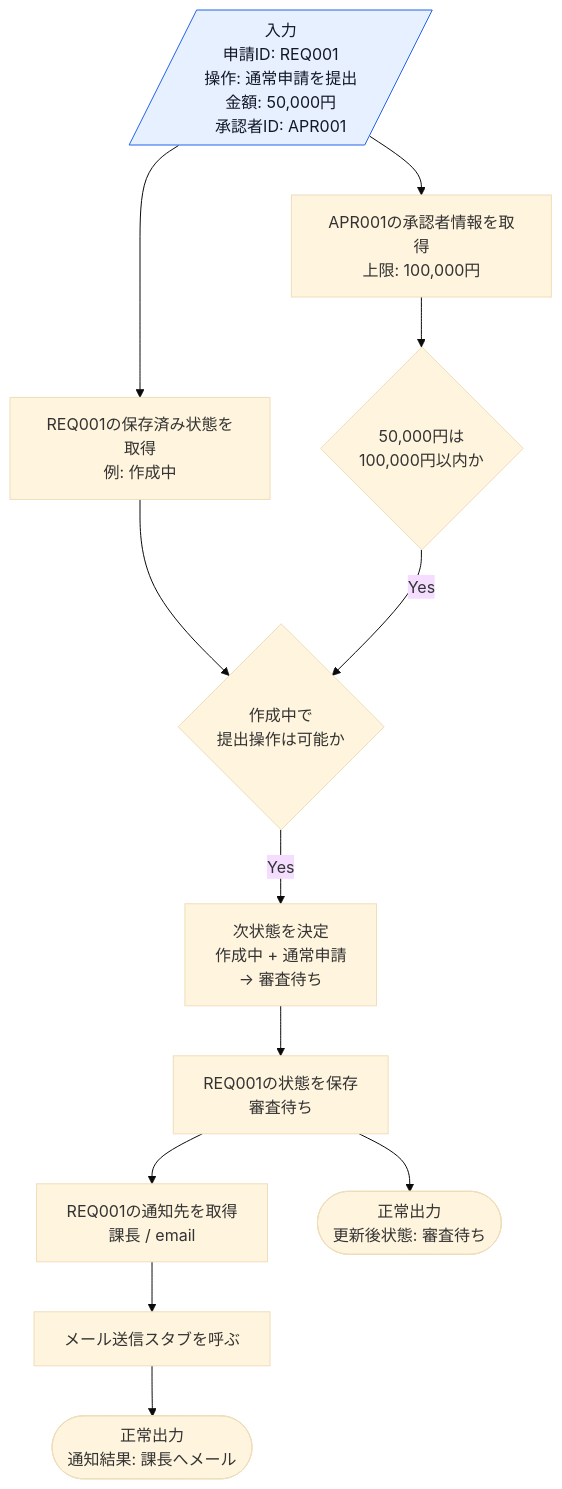
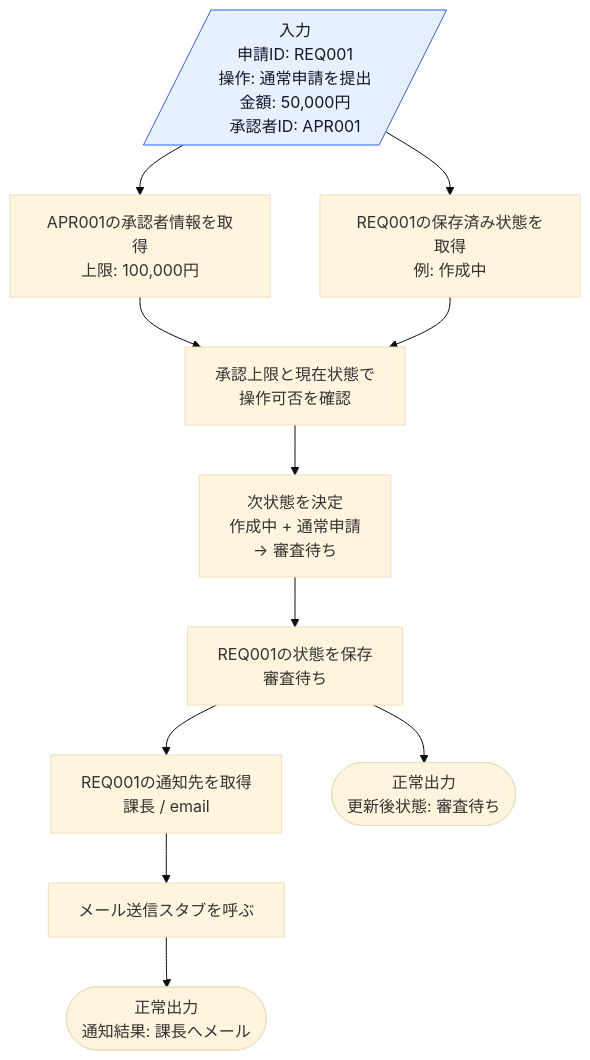
One commit to kumachan1101-pixel/DesignPattern changed the third of 17 diagrams in kindle/design-patterns/output/chapter12.md. Above: the diagram before and after it, drawn with Mermaid (base theme). The commit also changed other lines of this file and 20 other files, not shown here.

````diff
--- a/kindle/design-patterns/output/chapter12.md
+++ b/kindle/design-patterns/output/chapter12.md
@@ -124,20 +124,19 @@
 ```mermaid
 flowchart TD
     A[/入力<br>申請ID: REQ001<br>操作: 通常申請を提出<br>金額: 50,000円<br>承認者ID: APR001/]:::input
     A --> B[REQ001の保存済み状態を取得<br>例: 作成中]
     A --> C[APR001の承認者情報を取得<br>上限: 100,000円]
-    C --> D{50,000円は<br>100,000円以内か}
-    B --> E{作成中で<br>提出操作は可能か}
-    D -->|Yes| E
-    E -->|Yes| F[次状態を決定<br>作成中 + 通常申請<br>→ 審査待ち]
+    C --> D[承認上限と現在状態で<br>操作可否を確認]
+    B --> D
+    D --> F[次状態を決定<br>作成中 + 通常申請<br>→ 審査待ち]
     F --> G[REQ001の状態を保存<br>審査待ち]
     G --> H[REQ001の通知先を取得<br>課長 / email]
     H --> I[メール送信スタブを呼ぶ]
     G --> J([正常出力<br>更新後状態: 審査待ち])
     I --> K([正常出力<br>通知結果: 課長へメール])
 
     classDef input fill:#e7f0ff,stroke:#2563eb,color:#111827;
     classDef process fill:#fff7ed,stroke:#ea580c,color:#111827;
     classDef decision fill:#fef9c3,stroke:#ca8a04,color:#111827;
     classDef normal fill:#dcfce7,stroke:#16a34a,color:#111827;
 ```
````
